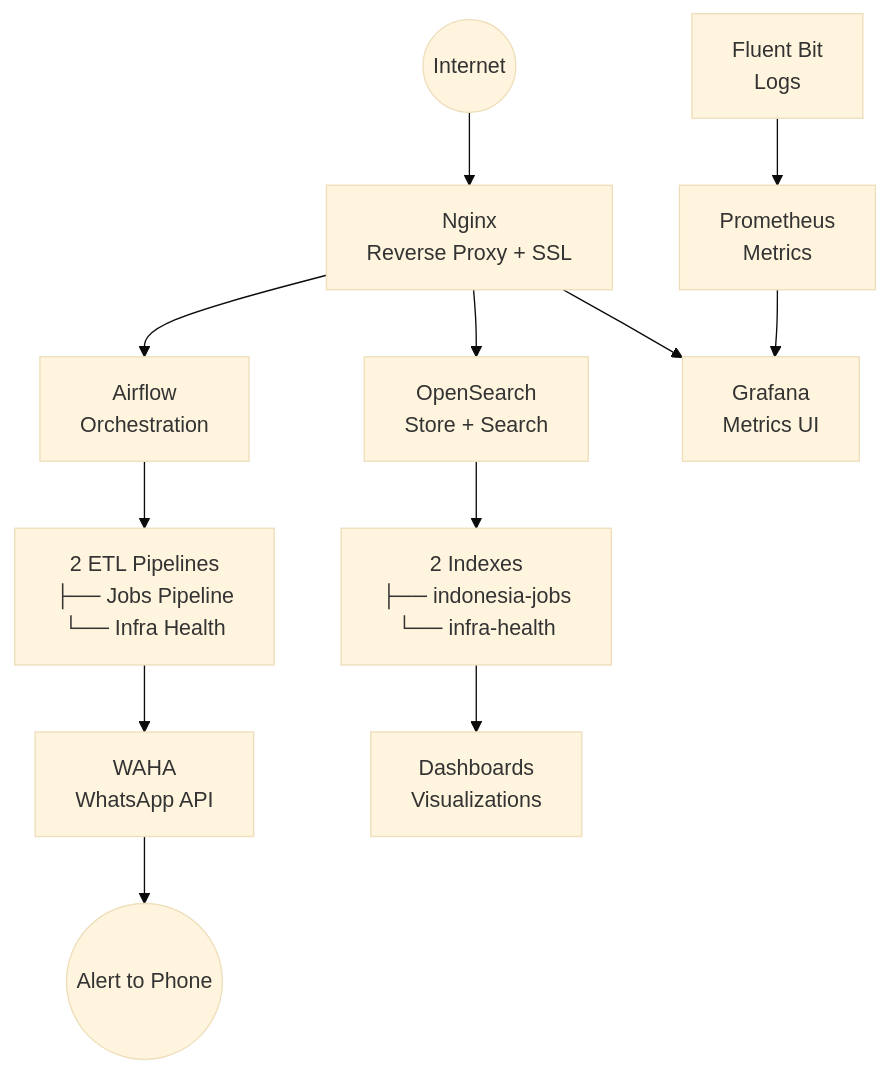
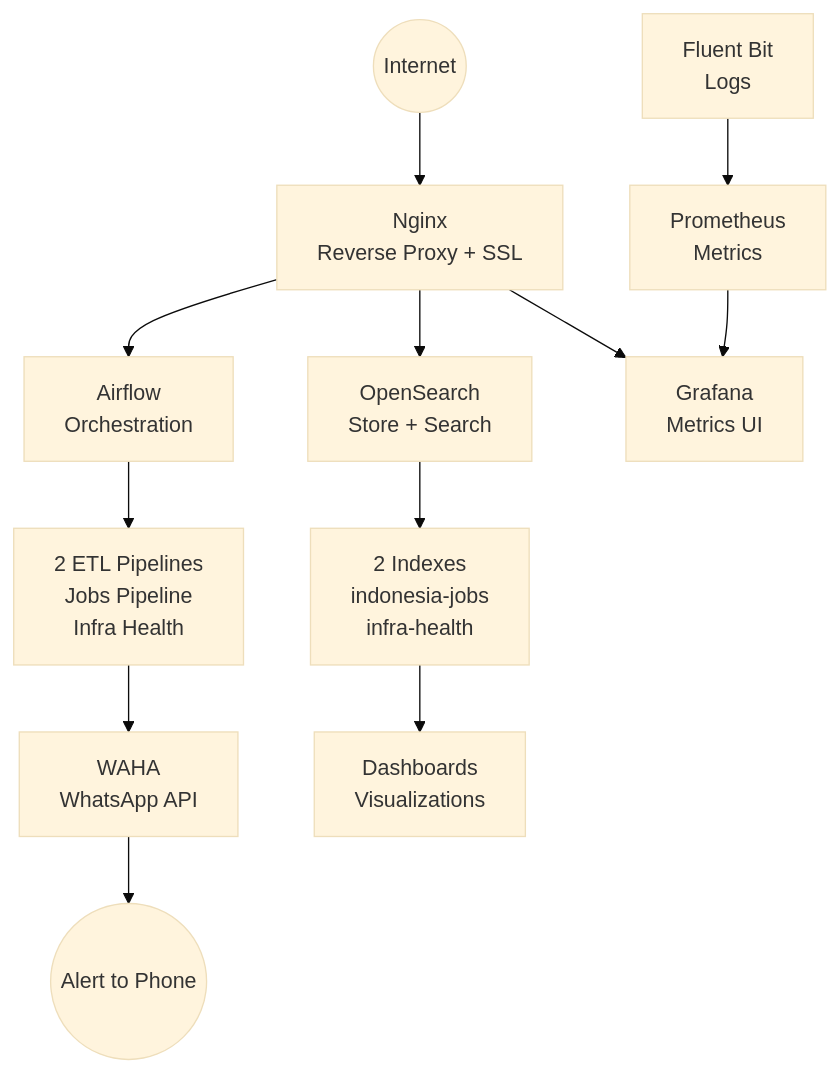
The first of 3 diagrams in README.md (ChaisarAbi/indonesia-jobs-pipeline), drawn with Mermaid (base theme) before and after one commit.

Commit message:
Renew README.md delete the markdown - Succesfull

````diff
--- a/README.md
+++ b/README.md
@@ -18,19 +18,19 @@
 ```mermaid
 graph TD
     A((Internet)) --> B[Nginx<br/>Reverse Proxy + SSL]
     
     B --> C[Airflow<br/>Orchestration]
     B --> D[OpenSearch<br/>Store + Search]
     B --> E[Grafana<br/>Metrics UI]
     
-    C --> F[2 ETL Pipelines<br/>├── Jobs Pipeline<br/>└── Infra Health]
-    D --> G[2 Indexes<br/>├── indonesia-jobs<br/>└── infra-health]
+    C --> F[2 ETL Pipelines<br/>Jobs Pipeline<br/>Infra Health]
+    D --> G[2 Indexes<br/>indonesia-jobs<br/>infra-health]
     
     H[Prometheus<br/>Metrics] --> E
     I[Fluent Bit<br/>Logs] --> H
     
     F --> J[WAHA<br/>WhatsApp API]
     G --> K[Dashboards<br/>Visualizations]
     
     J --> L((Alert to Phone))
 ```
````
